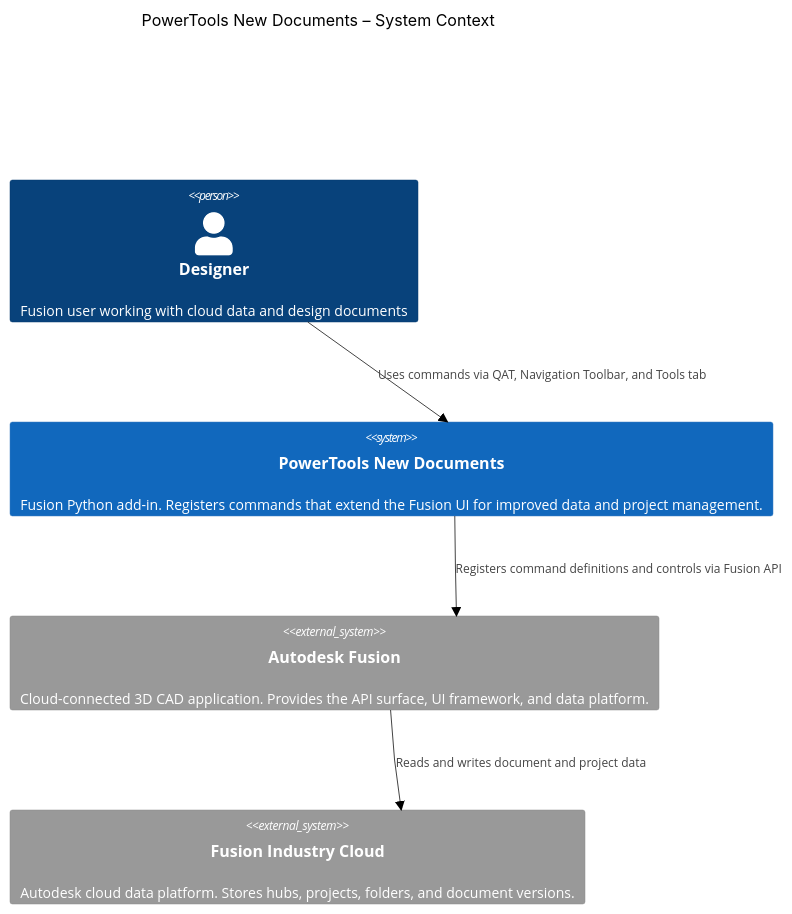
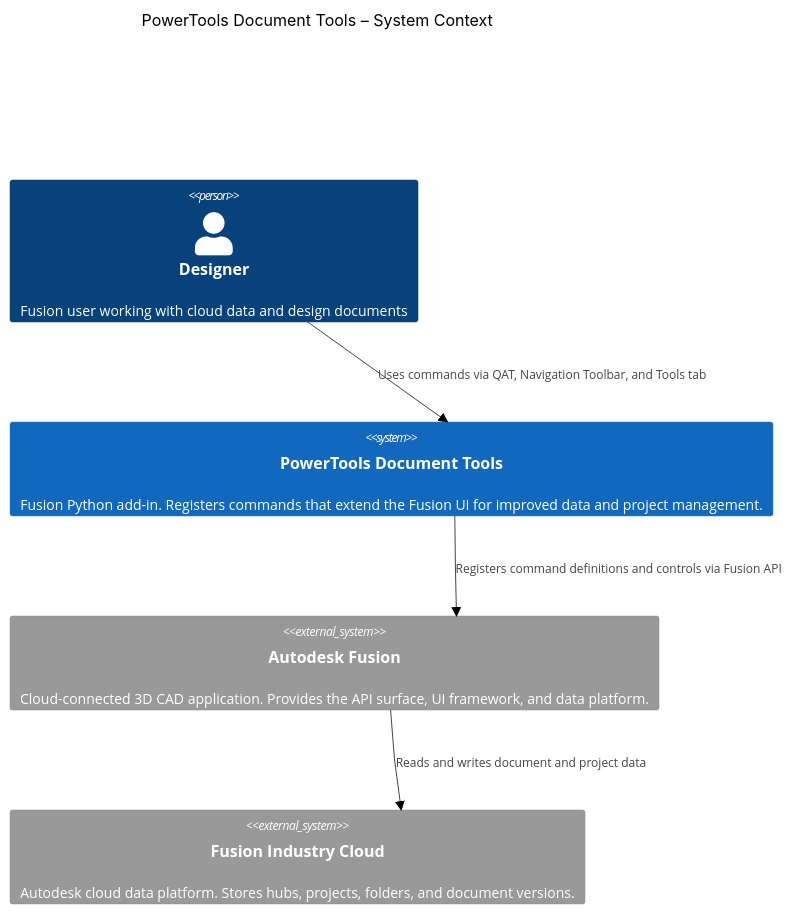
One commit to schneik80/PowerTools-New-Documents changed the diagram in README.md. Above: the diagram before and after it, drawn with Mermaid (forest theme). The commit also changed other lines of this file and 7 other files, not shown here.

````diff
--- a/README.md
+++ b/README.md
@@ -74,13 +74,13 @@
 ```mermaid
 C4Context
-    title PowerTools New Documents – System Context
+    title PowerTools Document Tools – System Context
 
     Person(user, "Designer", "Fusion user working with cloud data and design documents")
-    System(addin, "PowerTools New Documents", "Fusion Python add-in. Registers commands that extend the Fusion UI for improved data and project management.")
+    System(addin, "PowerTools Document Tools", "Fusion Python add-in. Registers commands that extend the Fusion UI for improved data and project management.")
     System_Ext(fusion, "Autodesk Fusion", "Cloud-connected 3D CAD application. Provides the API surface, UI framework, and data platform.")
     System_Ext(fusionCloud, "Fusion Industry Cloud", "Autodesk cloud data platform. Stores hubs, projects, folders, and document versions.")
 
     Rel(user, addin, "Uses commands via QAT, Navigation Toolbar, and Tools tab")
     Rel(addin, fusion, "Registers command definitions and controls via Fusion API")
     Rel(fusion, fusionCloud, "Reads and writes document and project data")
 ```
````
